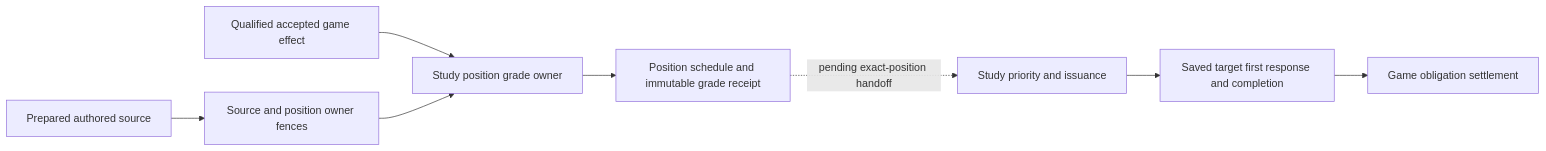
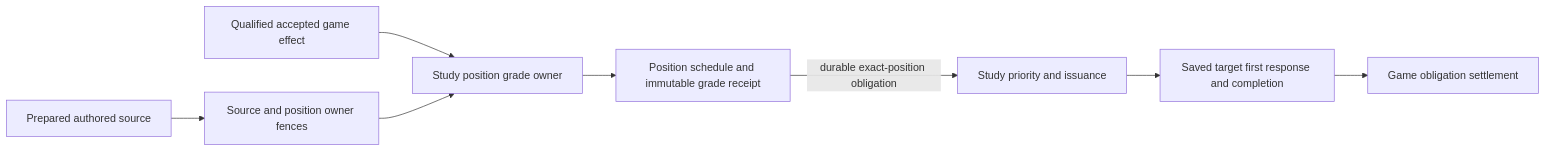
Before and after one commit to aaweaver-actuary/tempo: the second of 2 diagrams in backend/app/study/position_learning/README.md, drawn with Mermaid. The commit also changed other lines of this file and 6 other files, not shown here.

````diff
--- a/backend/app/study/position_learning/README.md
+++ b/backend/app/study/position_learning/README.md
@@ -106,10 +108,10 @@
 ```mermaid
 flowchart LR
   Source[Prepared authored source] --> Fence[Source and position owner fences]
   Game[Qualified accepted game effect] --> Grade[Study position grade owner]
   Fence --> Grade
   Grade --> State[Position schedule and immutable grade receipt]
-  State -. pending exact-position handoff .-> Queue[Study priority and issuance]
+  State -->|durable exact-position obligation| Queue[Study priority and issuance]
   Queue --> Completion[Saved target first response and completion]
   Completion --> Settlement[Game obligation settlement]
 ```
````
